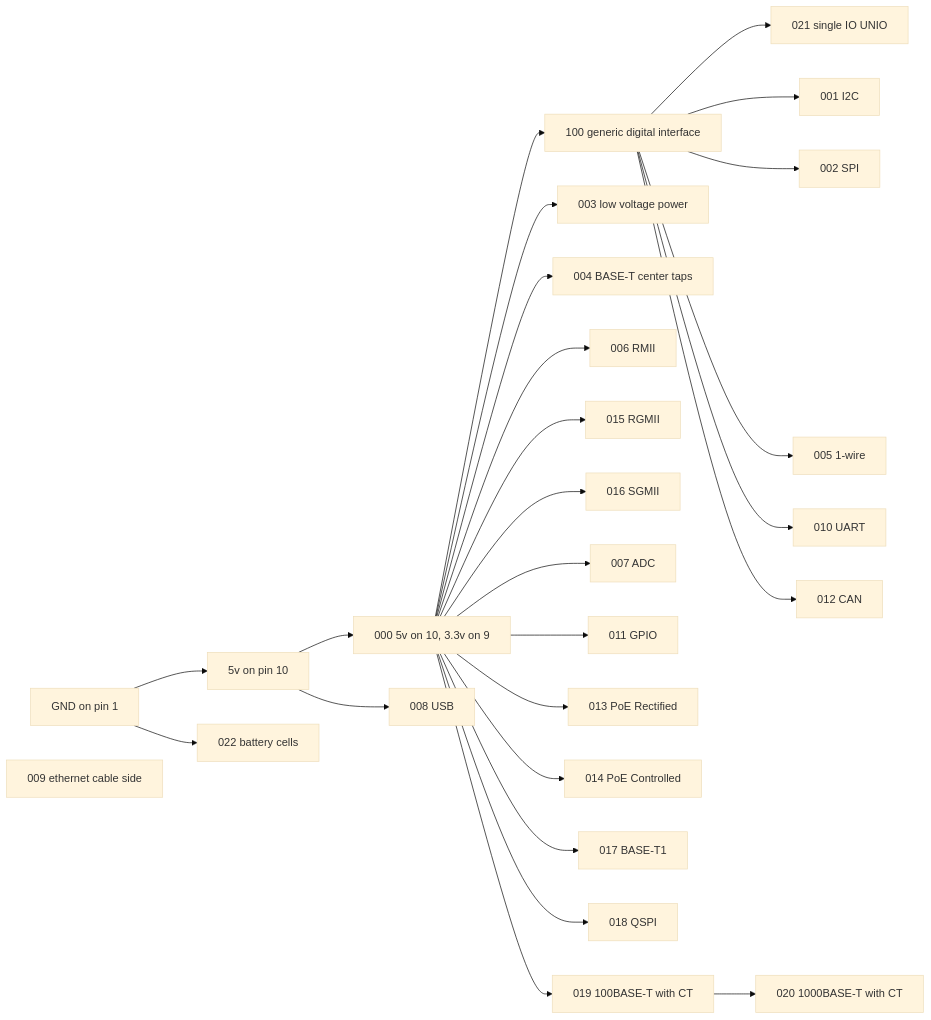
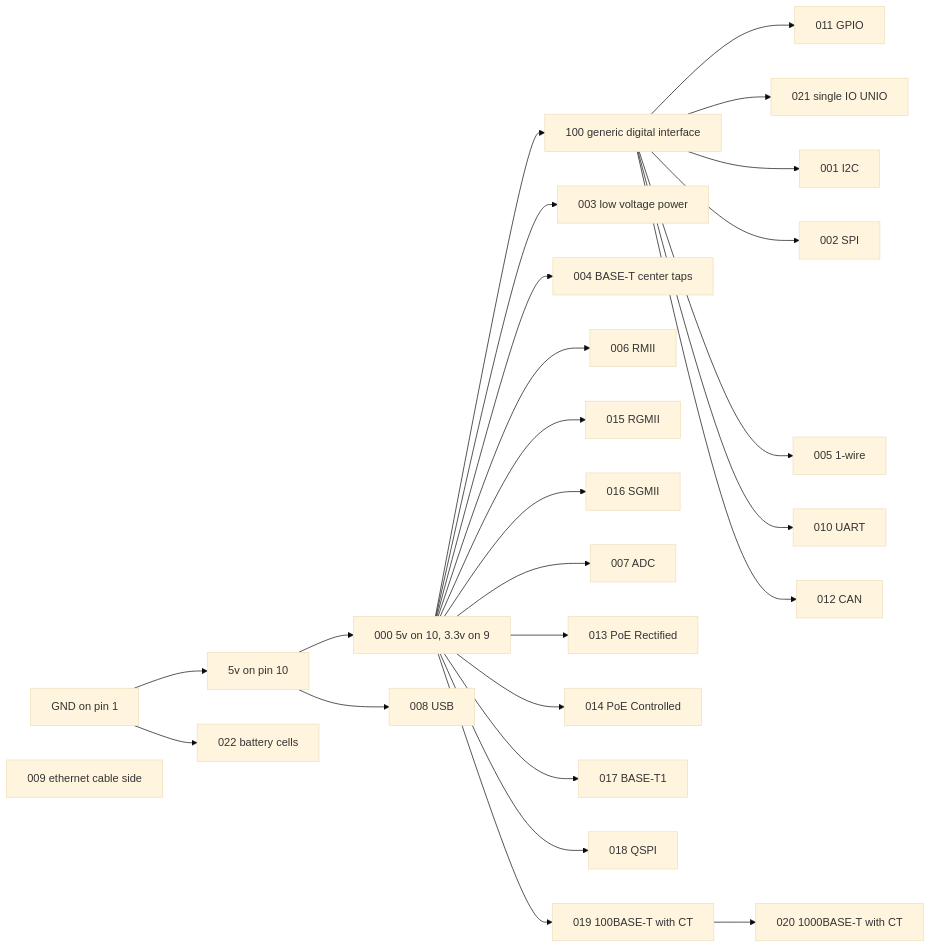
The diagram in README.md (skunkforce/put_on_edge), drawn with Mermaid (base theme) before and after one commit.

````diff
--- a/README.md
+++ b/README.md
@@ -30,38 +30,38 @@
 ```mermaid
 graph LR
     root[GND on pin 1] --> vcc[5v on pin 10]
     root --> j022[022 battery cells]
     vcc --> j000[000 5v on 10, 3.3v on 9]
     vcc --> j008[008 USB]
     j000 --> j100[100 generic digital interface]
     j000 --> j003[003 low voltage power]
     j000 --> j004[004 BASE-T center taps]
     j000 --> j006[006 RMII]
     j000 --> j015[015 RGMII]
     j000 --> j016[016 SGMII]
     j000 --> j007[007 ADC]
-    j000 --> j011[011 GPIO]
+    j100 --> j011[011 GPIO]
     j000 --> j013[013 PoE Rectified]
     j000 --> j014[014 PoE Controlled]
     j000 --> j017[017 BASE-T1]
     j000 --> j018[018 QSPI]
     j000 --> j019[019 100BASE-T with CT]
     j019 --> j020[020 1000BASE-T with CT]
     j100 --> j021[021 single IO UNIO]
     j100 --> j001[001 I2C]
     j100 --> j002[002 SPI]
     j100 --> j005[005 1-wire]
     j100 --> j010[010 UART]
     j100 --> j012[012 CAN]
     
     
     j009[009 ethernet cable side]
     
     click j001 "https://github.com/skunkforce/put_on_edge/blob/master/001_I2C/README.md"
     click j002 "https://github.com/skunkforce/put_on_edge/blob/master/002_SPI/README.md"
     click j003 "https://github.com/skunkforce/put_on_edge/blob/master/003_power/README.md"
     click j004 "https://github.com/skunkforce/put_on_edge/blob/master/004_BASE-T_CT/README.md"
     click j005 "https://github.com/skunkforce/put_on_edge/blob/master/005_1wire/README.md"
     
     
 ```
````
